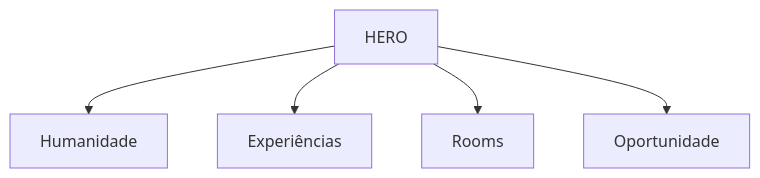
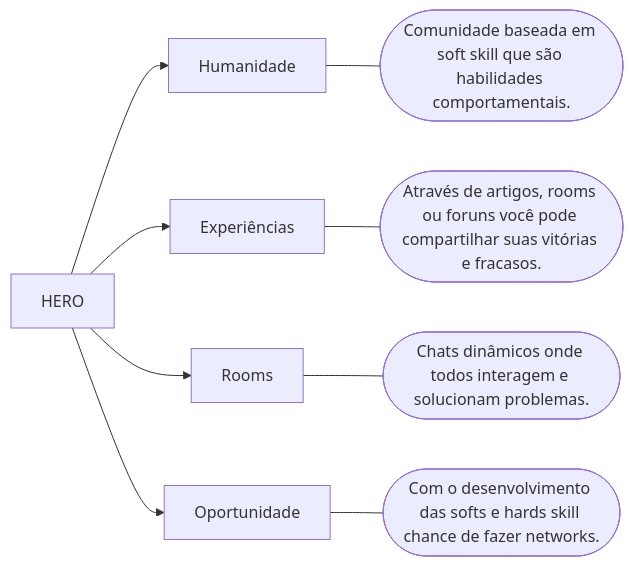
One commit to joeywheelersam/Java-AI-Powered changed the second of 3 diagrams in Módulo 1/01. Educação Gratuita e Empregabilidade Juntas.md. Above: the diagram before and after it, drawn with Mermaid. The commit also changed other lines of this file, not shown here.

````diff
--- a/Módulo 1/01. Educação Gratuita e Empregabilidade Juntas.md
+++ b/Módulo 1/01. Educação Gratuita e Empregabilidade Juntas.md
@@ -12,7 +24,11 @@
 ```mermaid
-graph TD;
+flowchart LR;
     HERO --> Humanidade;
+    Humanidade --- H([Comunidade baseada em soft skill que são habilidades comportamentais.]);
     HERO --> Experiências;
+    Experiências --- E([Através de artigos, rooms ou foruns você pode compartilhar suas vitórias e fracasos.]);
     HERO --> Rooms;
+    Rooms --- R([Chats dinâmicos onde todos interagem e solucionam problemas.]);
     HERO --> Oportunidade;
+    Oportunidade --- O([Com o desenvolvimento das softs e hards skill chance de fazer networks.]);
 ```
````
